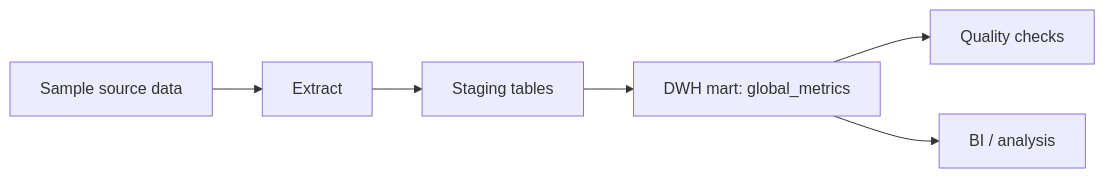
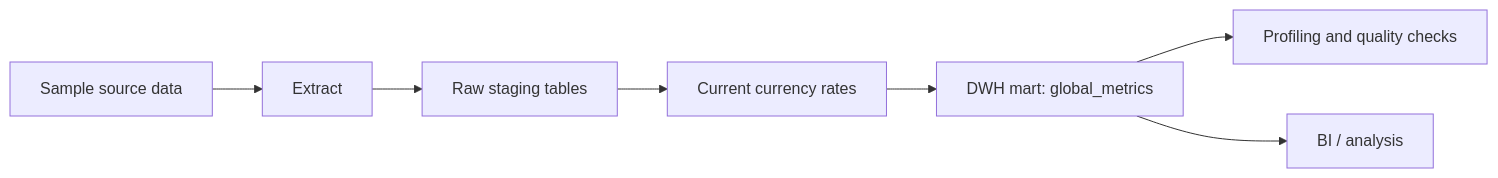
One commit to Asket-on/de-financial-dwh-pipeline changed the diagram in README.md. Above: the diagram before and after it, drawn with Mermaid. The commit also changed other lines of this file and 18 other files, not shown here.

````diff
--- a/README.md
+++ b/README.md
@@ -23,8 +26,9 @@
 ```mermaid
 flowchart LR
     A["Sample source data"] --> B["Extract"]
-    B --> C["Staging tables"]
-    C --> D["DWH mart: global_metrics"]
-    D --> E["Quality checks"]
-    D --> F["BI / analysis"]
+    B --> C["Raw staging tables"]
+    C --> D["Current currency rates"]
+    D --> E["DWH mart: global_metrics"]
+    E --> F["Profiling and quality checks"]
+    E --> G["BI / analysis"]
 ```
````
